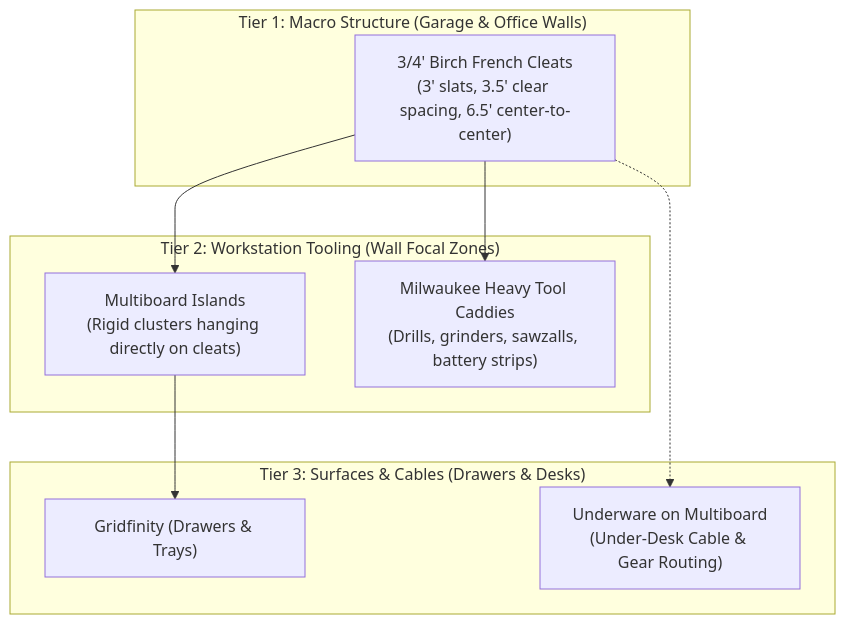
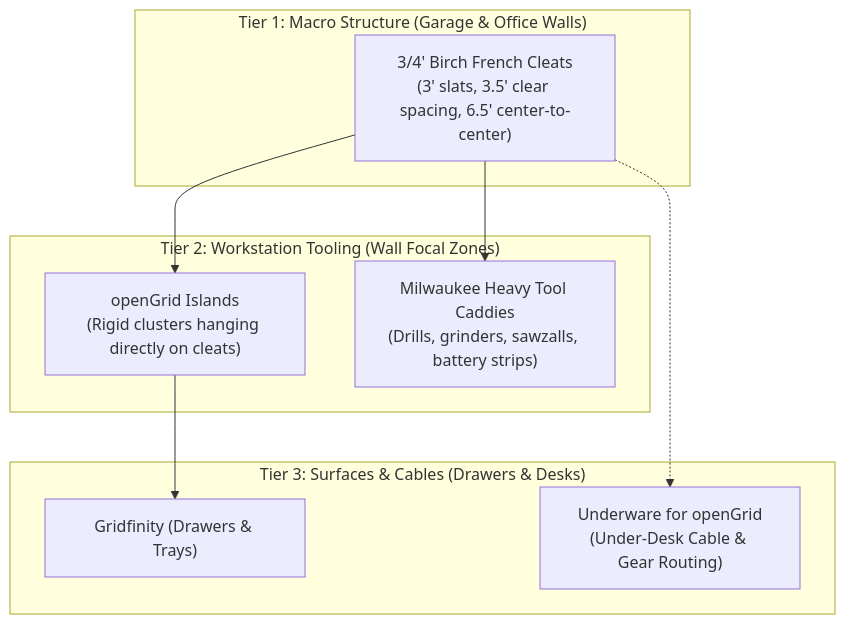
One commit to bar2sek/3d-printing changed the diagram in Projects/Garage - Modular French Cleat Tool System.md. Above: the diagram before and after it, drawn with Mermaid. The commit also changed other lines of this file and 13 other files, not shown here.

Commit message:
docs: switch to openGrid from Multiboard

````diff
--- a/Projects/Garage - Modular French Cleat Tool System.md
+++ b/Projects/Garage - Modular French Cleat Tool System.md
@@ -28,21 +29,21 @@
 ```mermaid
 flowchart TD
     subgraph MACRO["Tier 1: Macro Structure (Garage & Office Walls)"]
         CLEAT["3/4' Birch French Cleats<br>(3' slats, 3.5' clear spacing, 6.5' center-to-center)"]
     end
     
     subgraph MESO["Tier 2: Workstation Tooling (Wall Focal Zones)"]
-        MULTI["Multiboard Islands<br>(Rigid clusters hanging directly on cleats)"]
+        OPEN["openGrid Islands<br>(Rigid clusters hanging directly on cleats)"]
         M18["Milwaukee Heavy Tool Caddies<br>(Drills, grinders, sawzalls, battery strips)"]
     end
     
     subgraph MICRO["Tier 3: Surfaces & Cables (Drawers & Desks)"]
         GRID["Gridfinity (Drawers & Trays)"]
-        UNDER["Underware on Multiboard<br>(Under-Desk Cable & Gear Routing)"]
+        UNDER["Underware for openGrid<br>(Under-Desk Cable & Gear Routing)"]
     end
     
-    CLEAT --> MULTI
+    CLEAT --> OPEN
     CLEAT --> M18
-    MULTI --> GRID
+    OPEN --> GRID
     CLEAT -.-> UNDER
 ```
````
